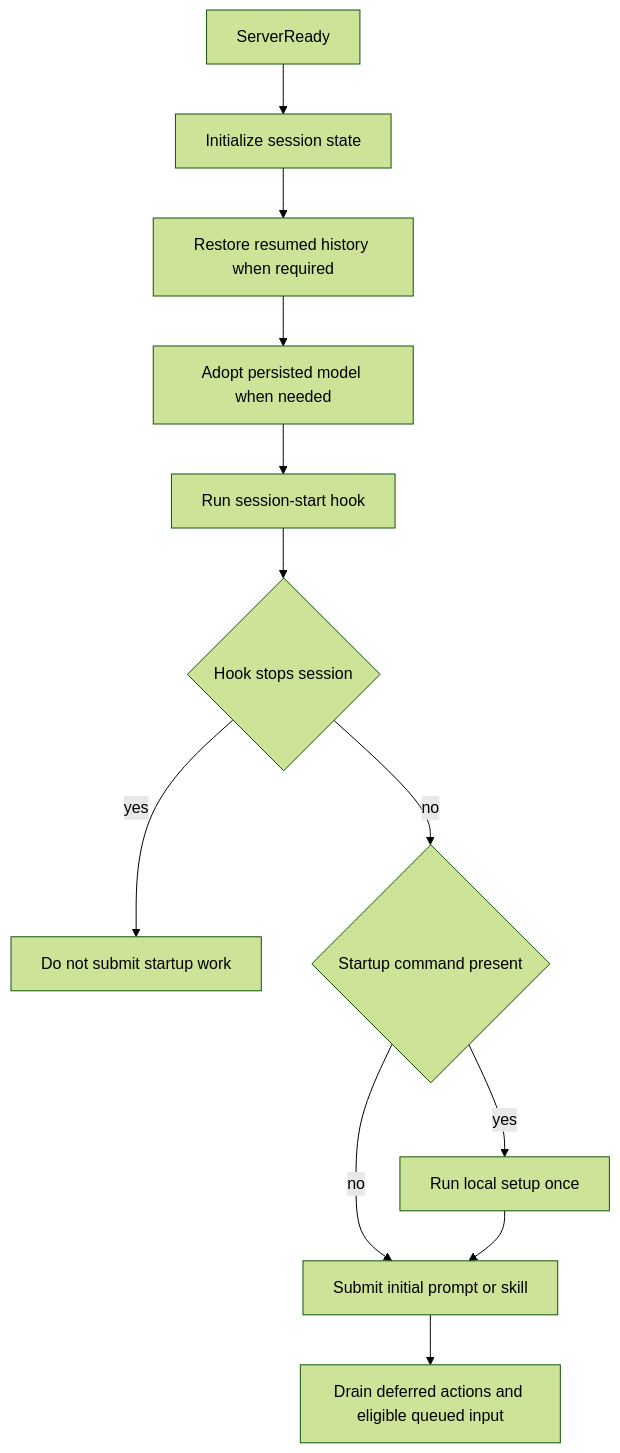
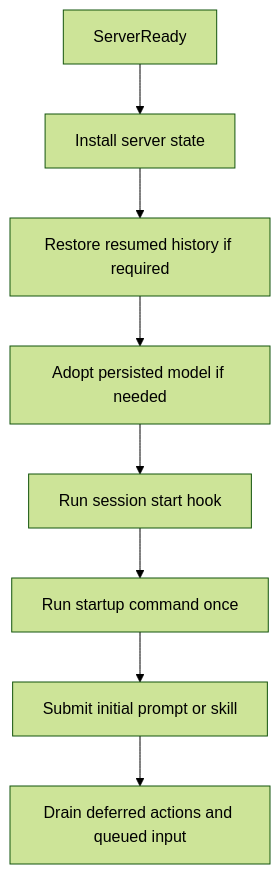
One commit to langchain-ai/deepagents changed the second of 2 diagrams in openwiki/workflows/run-dcode-session.md. Above: the diagram before and after it, drawn with Mermaid (forest theme). The commit also changed other lines of this file and 28 other files, not shown here.

````diff
--- a/openwiki/workflows/run-dcode-session.md
+++ b/openwiki/workflows/run-dcode-session.md
@@ -107,14 +112,10 @@
 ```mermaid
 flowchart TD
-    Ready["ServerReady"] --> Init["Initialize session state"]
-    Init --> History["Restore resumed history when required"]
-    History --> Adopt["Adopt persisted model when needed"]
-    Adopt --> Hook["Run session-start hook"]
-    Hook --> Stop{"Hook stops session"}
-    Stop -->|"yes"| Halt["Do not submit startup work"]
-    Stop -->|"no"| Setup{"Startup command present"}
-    Setup -->|"yes"| LocalSetup["Run local setup once"]
-    Setup -->|"no"| Submit
-    LocalSetup --> Submit["Submit initial prompt or skill"]
-    Submit --> Backlog["Drain deferred actions and eligible queued input"]
+    Ready["ServerReady"] --> State["Install server state"]
+    State --> History["Restore resumed history if required"]
+    History --> Model["Adopt persisted model if needed"]
+    Model --> Hook["Run session start hook"]
+    Hook --> Setup["Run startup command once"]
+    Setup --> Initial["Submit initial prompt or skill"]
+    Initial --> Drain["Drain deferred actions and queued input"]
 ```
````
